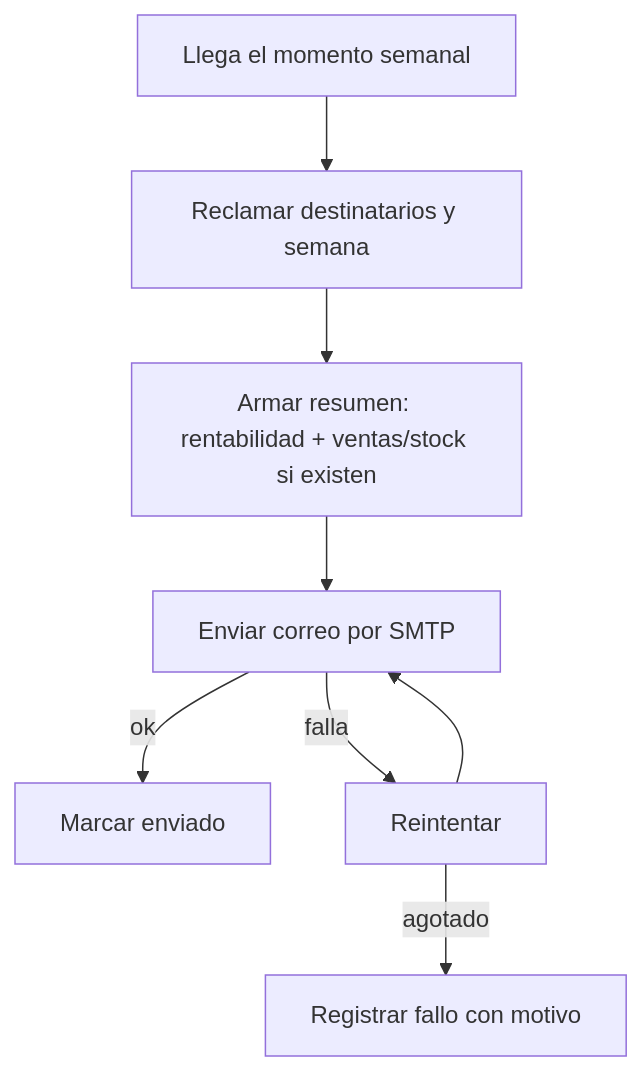
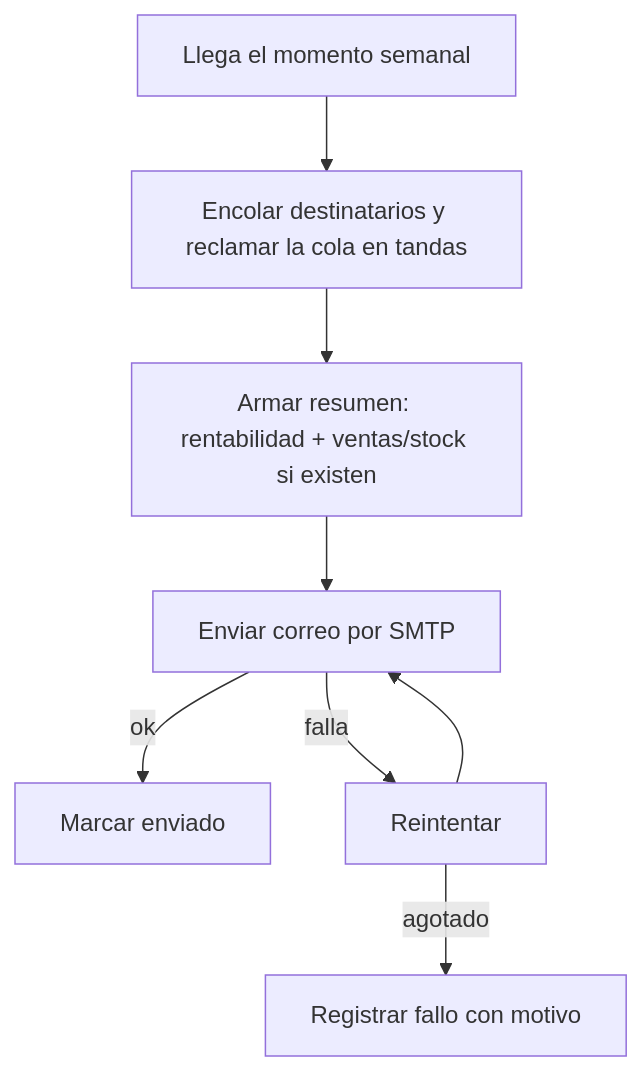
One commit to nicolasjones/multistorefront-meli changed the second of 2 diagrams in specs/20261101-100000-analitica-avanzada-y-resumen-por-correo/spec.md. Above: the diagram before and after it, drawn with Mermaid. The commit also changed other lines of this file and 12 other files, not shown here.

````diff
--- a/specs/20261101-100000-analitica-avanzada-y-resumen-por-correo/spec.md
+++ b/specs/20261101-100000-analitica-avanzada-y-resumen-por-correo/spec.md
@@ -133,9 +150,9 @@
 ```mermaid
 flowchart TD
-    S[Llega el momento semanal] --> R[Reclamar destinatarios y semana]
+    S[Llega el momento semanal] --> R[Encolar destinatarios y reclamar la cola en tandas]
     R --> G[Armar resumen: rentabilidad + ventas/stock si existen]
     G --> M[Enviar correo por SMTP]
     M -- ok --> OK[Marcar enviado]
     M -- falla --> RT[Reintentar] --> M
     RT -- agotado --> FA[Registrar fallo con motivo]
 ```
````
